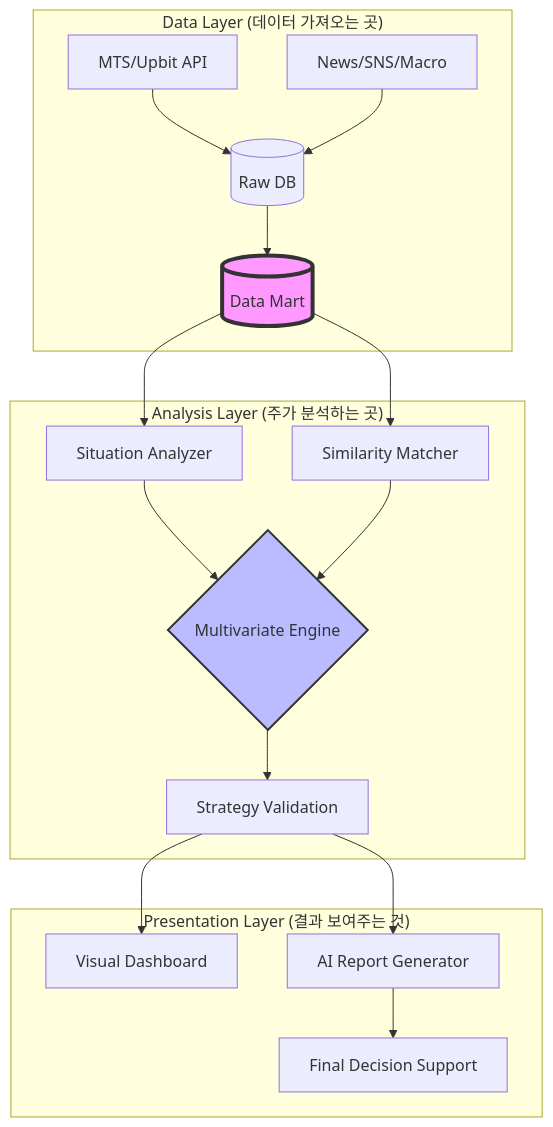
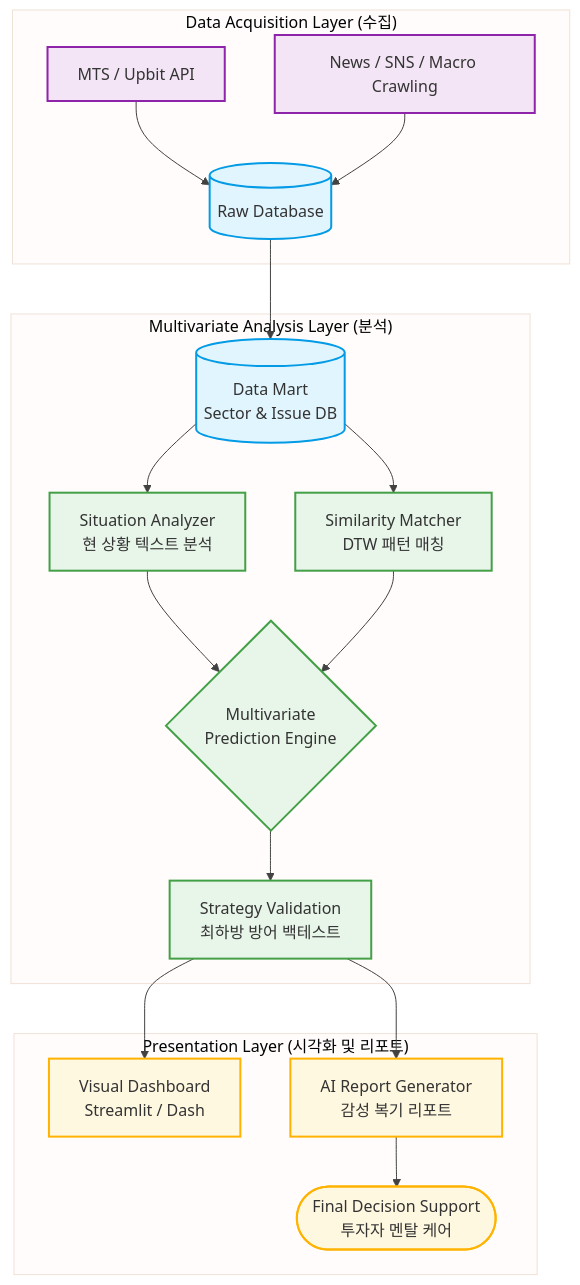
Before and after one commit to tabjun/personal_ai_project: the diagram in stock/README.md, drawn with Mermaid. The commit also changed other lines of this file and 3 other files, not shown here.

````diff
--- a/stock/README.md
+++ b/stock/README.md
@@ -14,23 +16,28 @@
 ```mermaid
+%%{init: {'theme': 'base', 'themeVariables': { 'primaryColor': '#e3f2fd', 'primaryBorderColor': '#1e88e5', 'lineColor': '#424242', 'fontFamily': 'sans-serif'}}}%%
 graph TD
-    subgraph "Data Layer (데이터 가져오는 곳)"
-        A1[MTS/Upbit API] --> B1[(Raw DB)]
-        A2[News/SNS/Macro] --> B1
-        B1 --> C1[(Data Mart)]
-        style C1 fill:#f9f,stroke:#333,stroke-width:4px
+    classDef dataLayer fill:#f3e5f5,stroke:#8e24aa,stroke-width:2px;
+    classDef analysisLayer fill:#e8f5e9,stroke:#43a047,stroke-width:2px;
+    classDef presentLayer fill:#fff8e1,stroke:#ffb300,stroke-width:2px;
+    classDef storage fill:#e1f5fe,stroke:#039be5,stroke-width:2px,shape:cylinder;
+
+    subgraph "Data Acquisition Layer (수집)"
+        A1[MTS / Upbit API]:::dataLayer --> B1
+        A2[News / SNS / Macro Crawling]:::dataLayer --> B1
     end
 
-    subgraph "Analysis Layer (주가 분석하는 곳)"
-        C1 --> D1[Situation Analyzer]
-        C1 --> D2[Similarity Matcher]
-        D1 & D2 --> E1{Multivariate Engine}
-        E1 --> F1[Strategy Validation]
-        style E1 fill:#bbf,stroke:#333,stroke-width:2px
+    B1[(Raw Database)]:::storage --> C1[(Data Mart \n Sector & Issue DB)]:::storage
+
+    subgraph "Multivariate Analysis Layer (분석)"
+        C1 --> D1[Situation Analyzer \n 현 상황 텍스트 분석]:::analysisLayer
+        C1 --> D2[Similarity Matcher \n DTW 패턴 매칭]:::analysisLayer
+        D1 & D2 --> E1{Multivariate \n Prediction Engine}:::analysisLayer
+        E1 --> F1[Strategy Validation \n 최하방 방어 백테스트]:::analysisLayer
     end
 
-    subgraph "Presentation Layer (결과 보여주는 것)"
-        F1 --> G1[Visual Dashboard]
-        F1 --> G2[AI Report Generator]
-        G2 --> H1[Final Decision Support]
+    subgraph "Presentation Layer (시각화 및 리포트)"
+        F1 --> G1[Visual Dashboard \n Streamlit / Dash]:::presentLayer
+        F1 --> G2[AI Report Generator \n 감성 복기 리포트]:::presentLayer
+        G2 --> H1([Final Decision Support \n 투자자 멘탈 케어]):::presentLayer
     end
 ```
````
